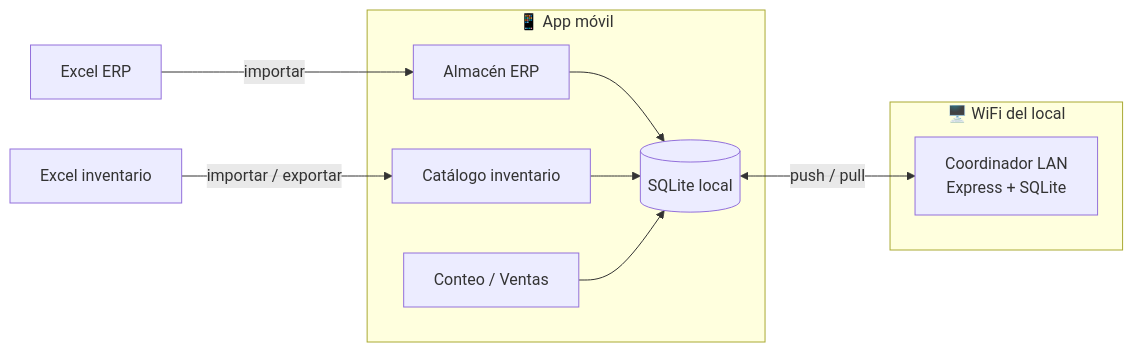
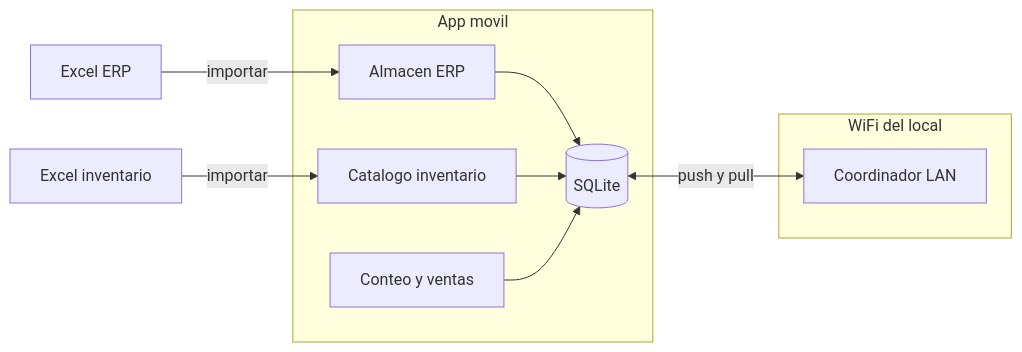
One commit to Andres12309/control-inventory changed the first of 3 diagrams in README.md. Above: the diagram before and after it, drawn with Mermaid. The commit also changed other lines of this file, not shown here.

Commit message:
docs: README actualizado con arquitectura, CI y diagramas Mermaid compatibles

````diff
--- a/README.md
+++ b/README.md
@@ -30,20 +43,20 @@
 ```mermaid
 flowchart LR
-  subgraph movil ["📱 App móvil"]
-    A[Almacén ERP]
-    B[Catálogo inventario]
-    C[Conteo / Ventas]
-    DB[(SQLite local)]
+  subgraph movil [App movil]
+    A[Almacen ERP]
+    B[Catalogo inventario]
+    C[Conteo y ventas]
+    DB[(SQLite)]
     A --> DB
     B --> DB
     C --> DB
   end
 
-  subgraph lan ["🖥️ WiFi del local"]
-    S[Coordinador LAN<br/>Express + SQLite]
+  subgraph lan [WiFi del local]
+    S[Coordinador LAN]
   end
 
-  DB <-->|push / pull| S
   ERP[Excel ERP] -->|importar| A
-  INV[Excel inventario] -->|importar / exportar| B
+  INV[Excel inventario] -->|importar| B
+  DB <-->|push y pull| S
 ```
````
